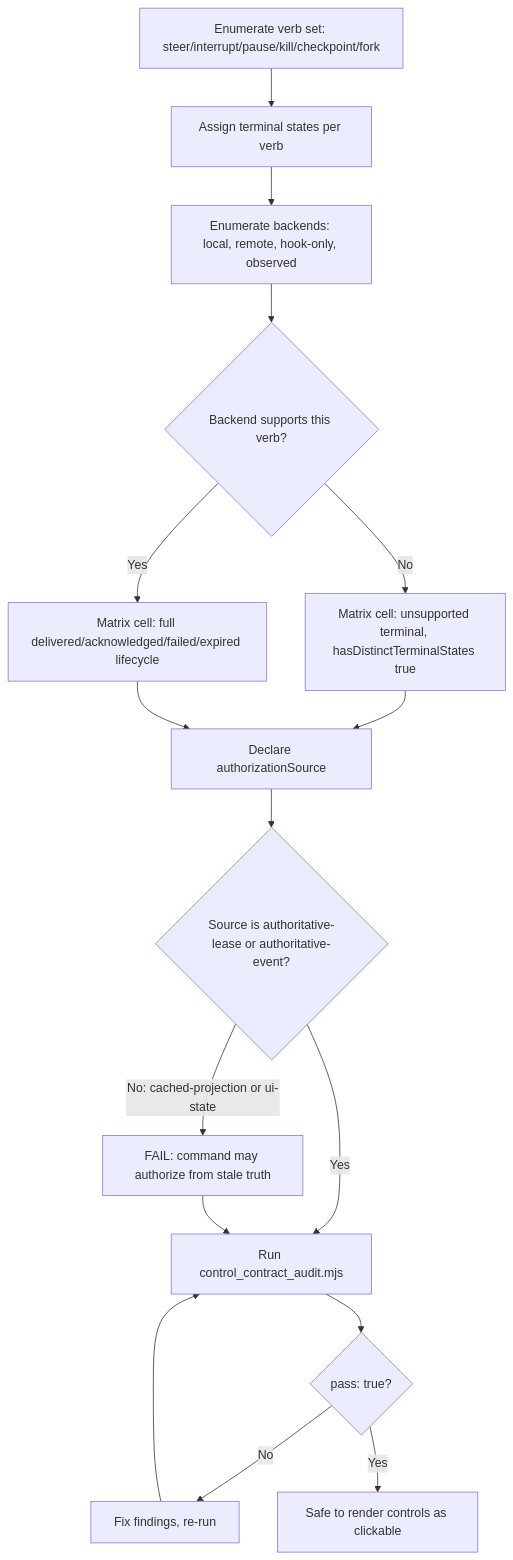
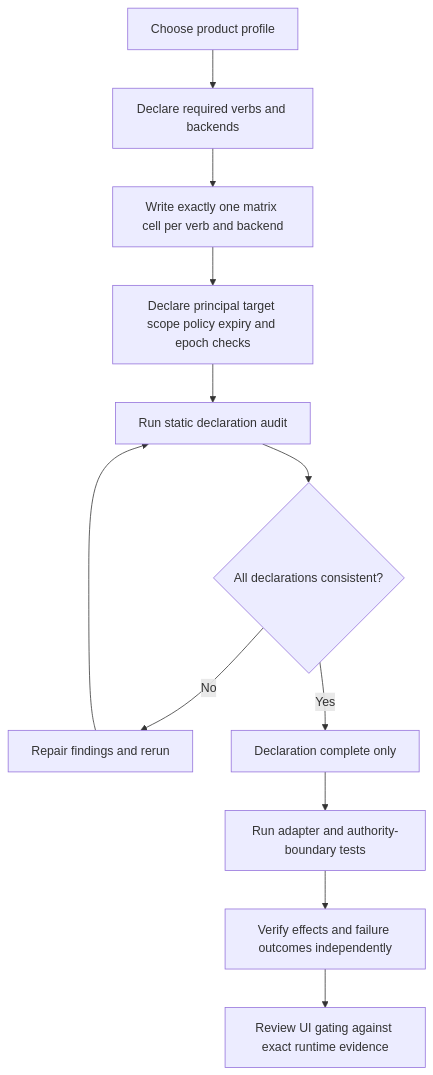
One commit to curiositech/port-daddy changed the first of 2 diagrams in skills/agent-control-command-contract/SKILL.md. Above: the diagram before and after it, drawn with Mermaid. The commit also changed other lines of this file and 1782 other files, not shown here.

````diff
--- a/skills/agent-control-command-contract/SKILL.md
+++ b/skills/agent-control-command-contract/SKILL.md
@@ -67,18 +63,14 @@
 ```mermaid
 flowchart TD
-  A[Enumerate verb set: steer/interrupt/pause/kill/checkpoint/fork] --> B[Assign terminal states per verb]
-  B --> C[Enumerate backends: local, remote, hook-only, observed]
-  C --> D{Backend supports this verb?}
-  D -->|No| E["Matrix cell: unsupported terminal, hasDistinctTerminalStates true"]
-  D -->|Yes| F["Matrix cell: full delivered/acknowledged/failed/expired lifecycle"]
-  E --> G[Declare authorizationSource]
-  F --> G
-  G --> H{Source is authoritative-lease or authoritative-event?}
-  H -->|No: cached-projection or ui-state| I[FAIL: command may authorize from stale truth]
-  H -->|Yes| J[Run control_contract_audit.mjs]
-  I --> J
-  J --> K{pass: true?}
-  K -->|No| L[Fix findings, re-run]
-  K -->|Yes| M[Safe to render controls as clickable]
-  L --> J
+    A[Choose product profile] --> B[Declare required verbs and backends]
+    B --> C[Write exactly one matrix cell per verb and backend]
+    C --> D[Declare principal target scope policy expiry and epoch checks]
+    D --> E[Run static declaration audit]
+    E --> F{All declarations consistent?}
+    F -->|No| G[Repair findings and rerun]
+    G --> E
+    F -->|Yes| H[Declaration complete only]
+    H --> I[Run adapter and authority-boundary tests]
+    I --> J[Verify effects and failure outcomes independently]
+    J --> K[Review UI gating against exact runtime evidence]
 ```
````
